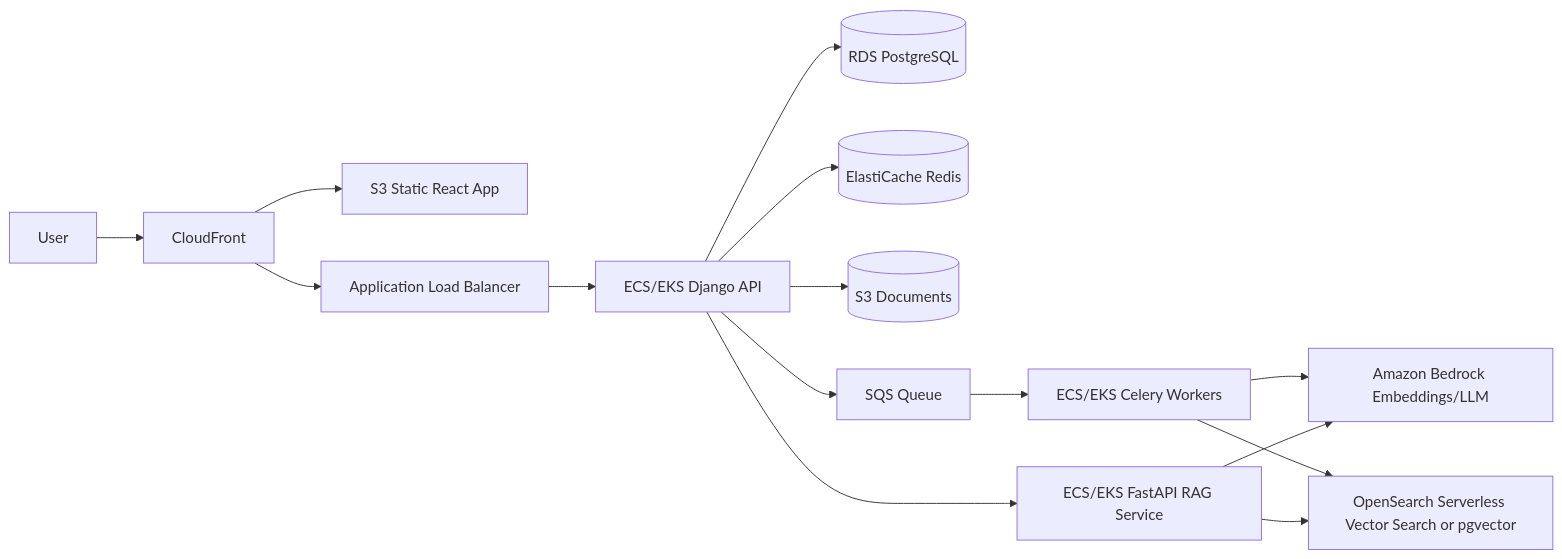
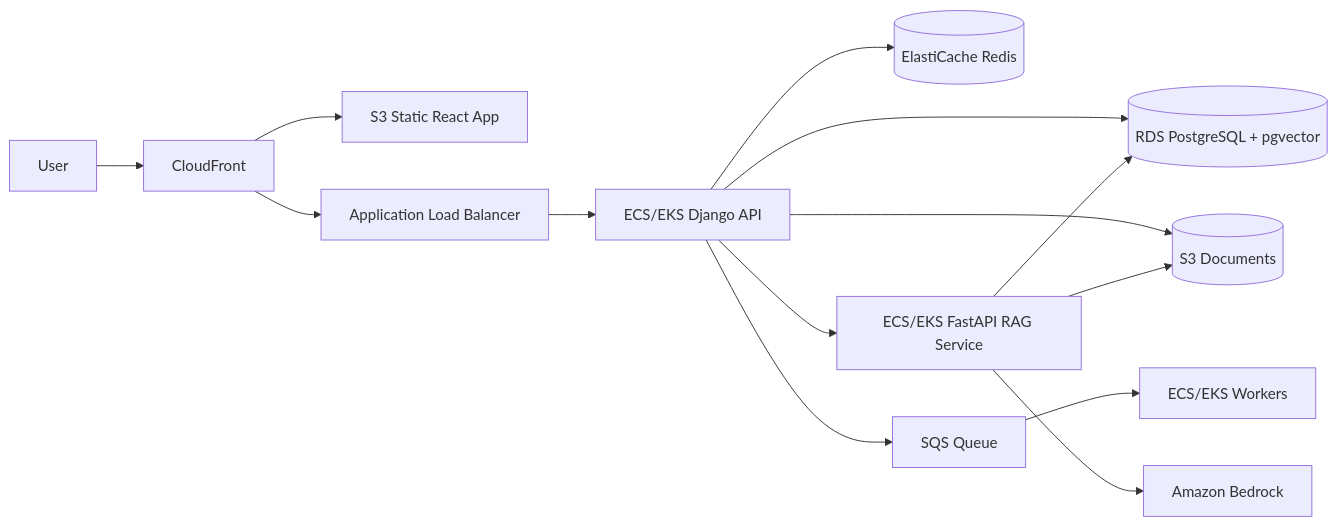
Before and after one commit to Anos714/Assignment: the sixth of 7 diagrams in docs/ARCHITECTURE.md, drawn with Mermaid. The commit also changed other lines of this file and 3 other files, not shown here.

Commit message:
feat: enhance DocuMind AI documentation and architecture to reflect updated deployment stack and ingestion process

````diff
--- a/docs/ARCHITECTURE.md
+++ b/docs/ARCHITECTURE.md
@@ -249,17 +310,16 @@
 ```mermaid
 flowchart LR
     User --> CF[CloudFront]
     CF --> S3FE[S3 Static React App]
     CF --> ALB[Application Load Balancer]
     ALB --> ECSAPI[ECS/EKS Django API]
-    ECSAPI --> RDS[(RDS PostgreSQL)]
+    ECSAPI --> RDS[(RDS PostgreSQL + pgvector)]
     ECSAPI --> Redis[(ElastiCache Redis)]
     ECSAPI --> S3Files[(S3 Documents)]
     ECSAPI --> SQS[SQS Queue]
-    SQS --> ECSWorker[ECS/EKS Celery Workers]
-    ECSWorker --> Bedrock[Amazon Bedrock Embeddings/LLM]
-    ECSWorker --> Vector[OpenSearch Serverless Vector Search or pgvector]
+    SQS --> ECSWorker[ECS/EKS Workers]
     ECSAPI --> RAG[ECS/EKS FastAPI RAG Service]
-    RAG --> Bedrock
-    RAG --> Vector
+    RAG --> S3Files
+    RAG --> RDS
+    RAG --> Bedrock[Amazon Bedrock]
 ```
````
